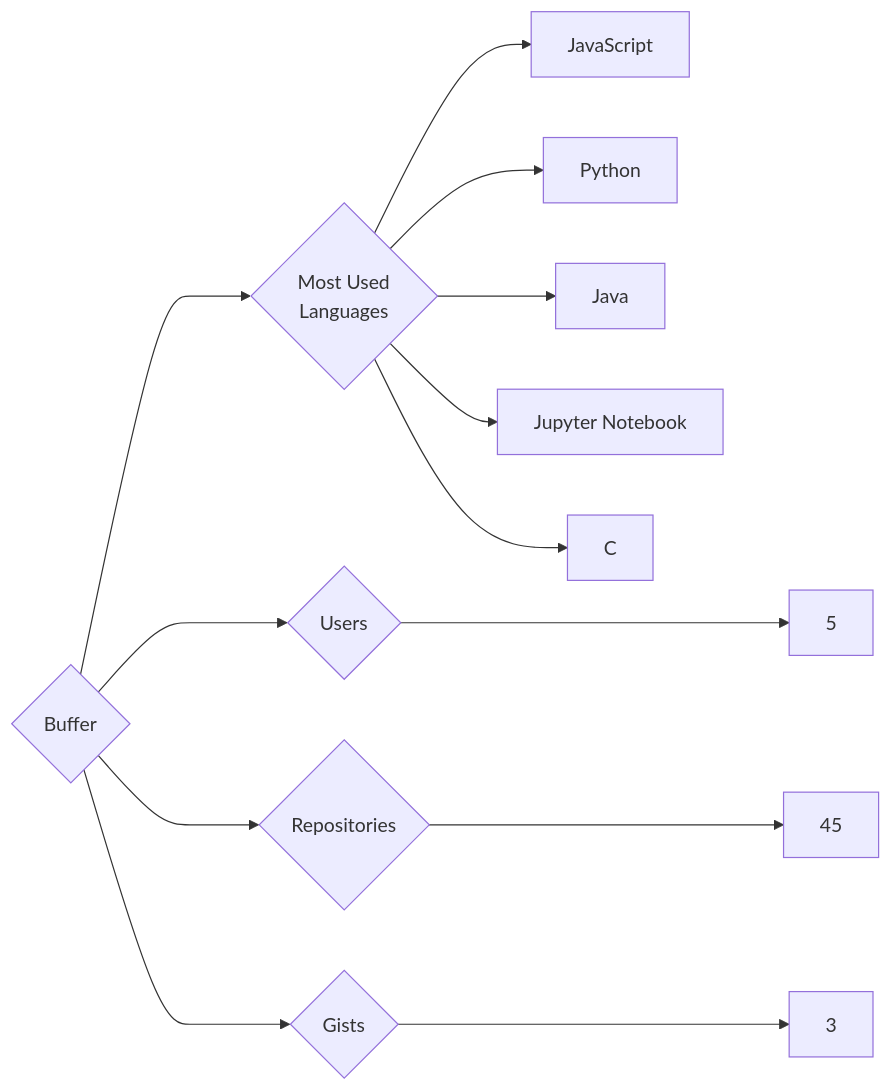
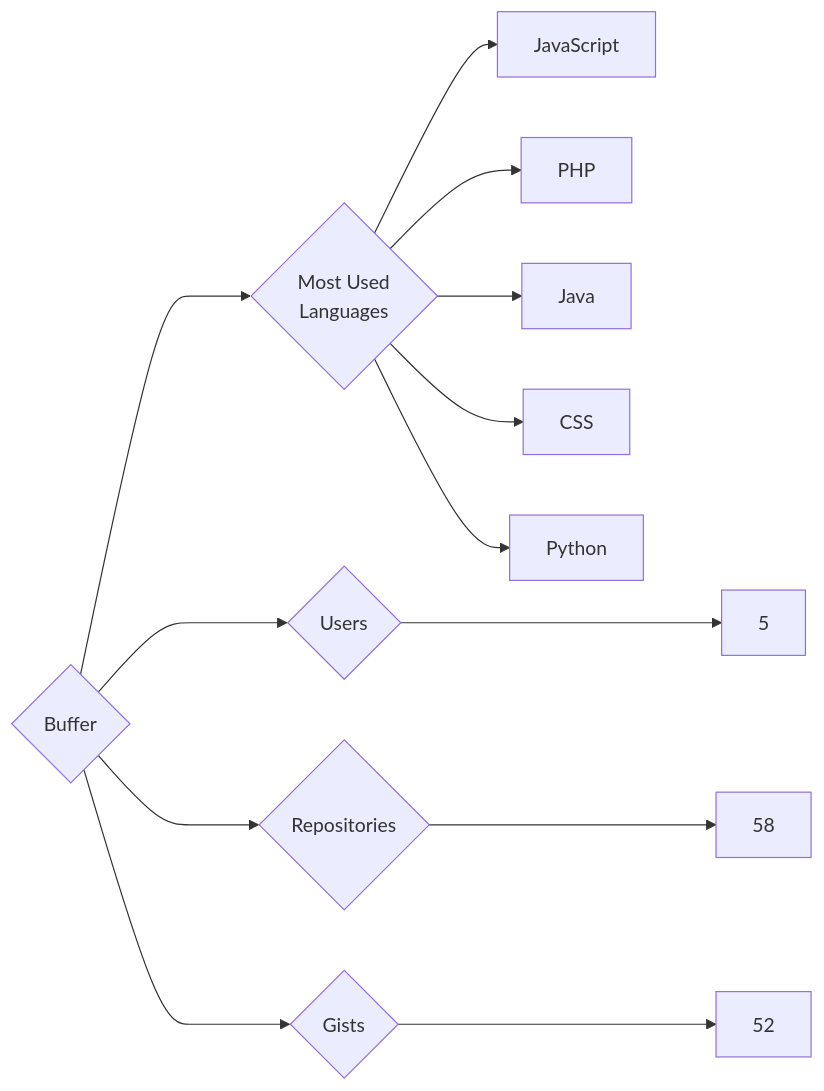
The diagram in targets/Buffer/README.md (trickest/insiders), drawn with Mermaid before and after one commit. The commit also changed 1120 other files, not shown here.

````diff
--- a/targets/Buffer/README.md
+++ b/targets/Buffer/README.md
@@ -3,13 +3,13 @@
 ```mermaid
 graph LR
 COMPANY_NAME{Buffer}
 COMPANY_NAME ---> U{Users} ---> UN[5]
-COMPANY_NAME ---> R{Repositories} ---> RN[45]
-COMPANY_NAME ---> G{Gists} ---> GN[3]
+COMPANY_NAME ---> R{Repositories} ---> RN[58]
+COMPANY_NAME ---> G{Gists} ---> GN[52]
 COMPANY_NAME ---> ML{Most Used<br>Languages}
 ML --> JavaScript[JavaScript]
+ML --> PHP[PHP]
+ML --> Java[Java]
+ML --> CSS[CSS]
 ML --> Python[Python]
-ML --> Java[Java]
-ML --> Jupyter_Notebook[Jupyter Notebook]
-ML --> C[C]
 ```
````
